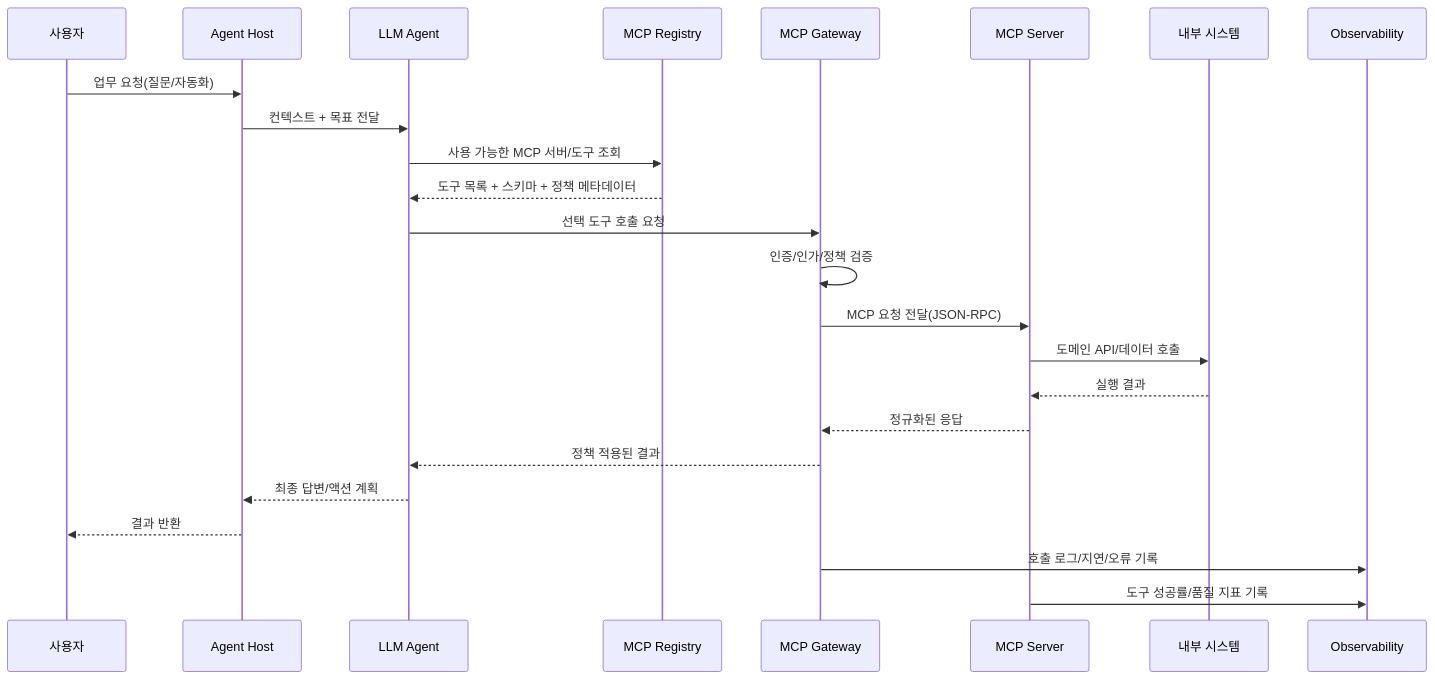
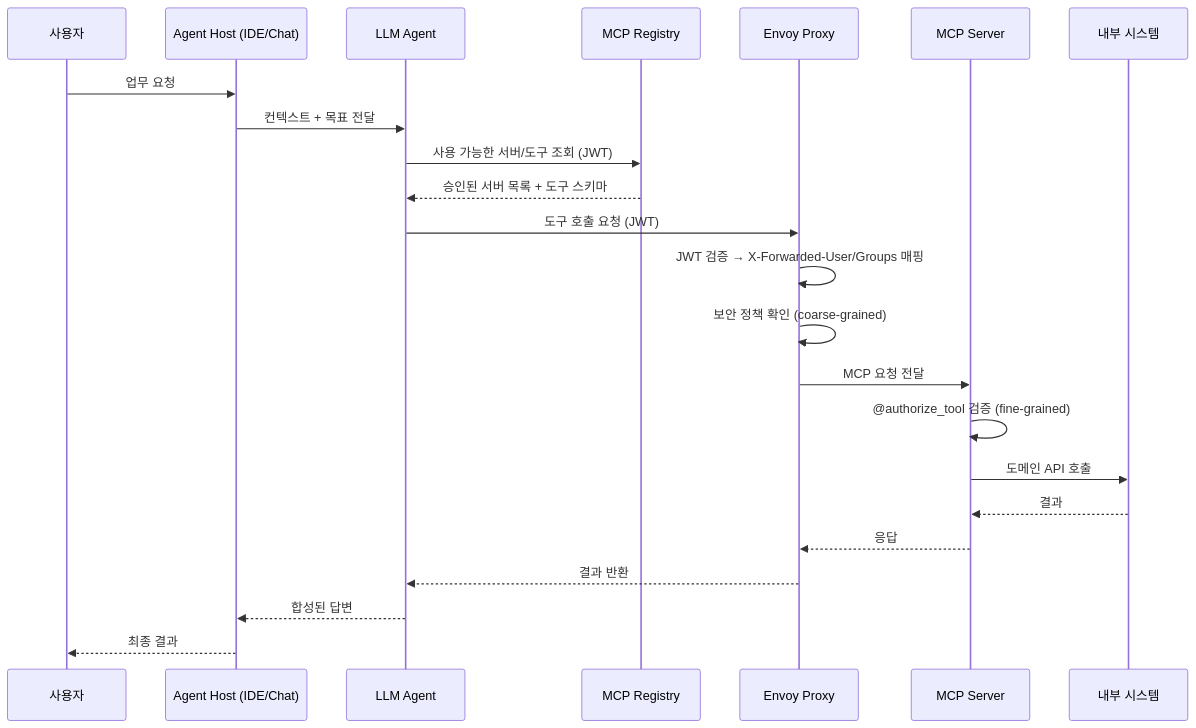
One commit to kimchanhyung98/agentic-workflows changed the second of 6 diagrams in pinterest-mcp/00-diagram.md. Above: the diagram before and after it, drawn with Mermaid. The commit also changed other lines of this file and 3 other files, not shown here.

First line of the commit message:
docs(pinterest-mcp): update architecture & analysis

````diff
--- a/pinterest-mcp/00-diagram.md
+++ b/pinterest-mcp/00-diagram.md
@@ -63,28 +54,27 @@
 ```mermaid
 sequenceDiagram
     participant U as 사용자
-    participant H as Agent Host
-    participant A as LLM Agent
-    participant R as MCP Registry
-    participant G as MCP Gateway
-    participant S as MCP Server
-    participant T as 내부 시스템
-    participant O as Observability
+    participant Host as Agent Host (IDE/Chat)
+    participant Agent as LLM Agent
+    participant Registry as MCP Registry
+    participant Envoy as Envoy Proxy
+    participant Server as MCP Server
+    participant System as 내부 시스템
 
-    U->>H: 업무 요청(질문/자동화)
-    H->>A: 컨텍스트 + 목표 전달
-    A->>R: 사용 가능한 MCP 서버/도구 조회
-    R-->>A: 도구 목록 + 스키마 + 정책 메타데이터
-    A->>G: 선택 도구 호출 요청
-    G->>G: 인증/인가/정책 검증
-    G->>S: MCP 요청 전달(JSON-RPC)
-    S->>T: 도메인 API/데이터 호출
-    T-->>S: 실행 결과
-    S-->>G: 정규화된 응답
-    G-->>A: 정책 적용된 결과
-    A-->>H: 최종 답변/액션 계획
-    H-->>U: 결과 반환
+    U->>Host: 업무 요청
+    Host->>Agent: 컨텍스트 + 목표 전달
+    Agent->>Registry: 사용 가능한 서버/도구 조회 (JWT)
+    Registry-->>Agent: 승인된 서버 목록 + 도구 스키마
 
-    G->>O: 호출 로그/지연/오류 기록
-    S->>O: 도구 성공률/품질 지표 기록
+    Agent->>Envoy: 도구 호출 요청 (JWT)
+    Envoy->>Envoy: JWT 검증 → X-Forwarded-User/Groups 매핑
+    Envoy->>Envoy: 보안 정책 확인 (coarse-grained)
+    Envoy->>Server: MCP 요청 전달
+    Server->>Server: @authorize_tool 검증 (fine-grained)
+    Server->>System: 도메인 API 호출
+    System-->>Server: 결과
+    Server-->>Envoy: 응답
+    Envoy-->>Agent: 결과 반환
+    Agent-->>Host: 합성된 답변
+    Host-->>U: 최종 결과
 ```
````
